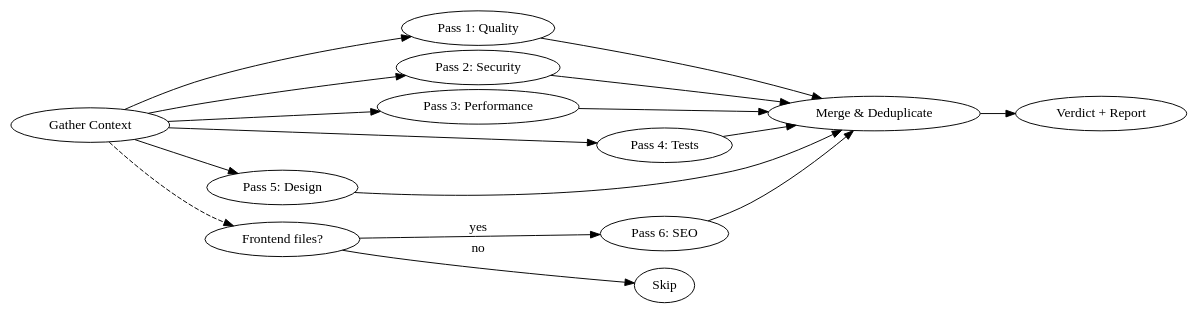
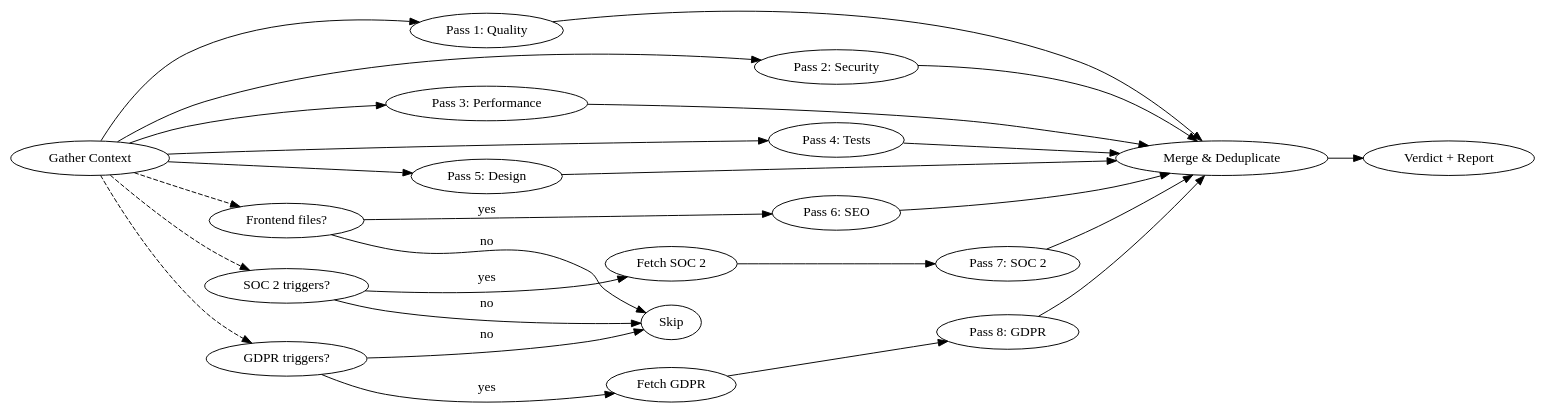
The diagram in skills/deep-code-review/SKILL.md (caio-silva/claude-skills), drawn with Graphviz before and after one commit. The commit also changed other lines of this file and 1 other file, not shown here.

First line of the commit message:
feat: add SOC 2 and GDPR compliance passes to deep-code-review

````diff
--- a/skills/deep-code-review/SKILL.md
+++ b/skills/deep-code-review/SKILL.md
@@ -30,15 +30,23 @@
 ```dot
 digraph review_flow {
     rankdir=LR;
     "Gather Context" -> "Pass 1: Quality" -> "Merge & Deduplicate";
     "Gather Context" -> "Pass 2: Security" -> "Merge & Deduplicate";
     "Gather Context" -> "Pass 3: Performance" -> "Merge & Deduplicate";
     "Gather Context" -> "Pass 4: Tests" -> "Merge & Deduplicate";
     "Gather Context" -> "Pass 5: Design" -> "Merge & Deduplicate";
     "Gather Context" -> "Frontend files?" [style=dashed];
     "Frontend files?" -> "Pass 6: SEO" [label="yes"];
     "Frontend files?" -> "Skip" [label="no"];
     "Pass 6: SEO" -> "Merge & Deduplicate";
+    "Gather Context" -> "SOC 2 triggers?" [style=dashed];
+    "SOC 2 triggers?" -> "Fetch SOC 2" [label="yes"];
+    "SOC 2 triggers?" -> "Skip" [label="no"];
+    "Fetch SOC 2" -> "Pass 7: SOC 2" -> "Merge & Deduplicate";
+    "Gather Context" -> "GDPR triggers?" [style=dashed];
+    "GDPR triggers?" -> "Fetch GDPR" [label="yes"];
+    "GDPR triggers?" -> "Skip" [label="no"];
+    "Fetch GDPR" -> "Pass 8: GDPR" -> "Merge & Deduplicate";
     "Merge & Deduplicate" -> "Verdict + Report";
 }
 ```
````
